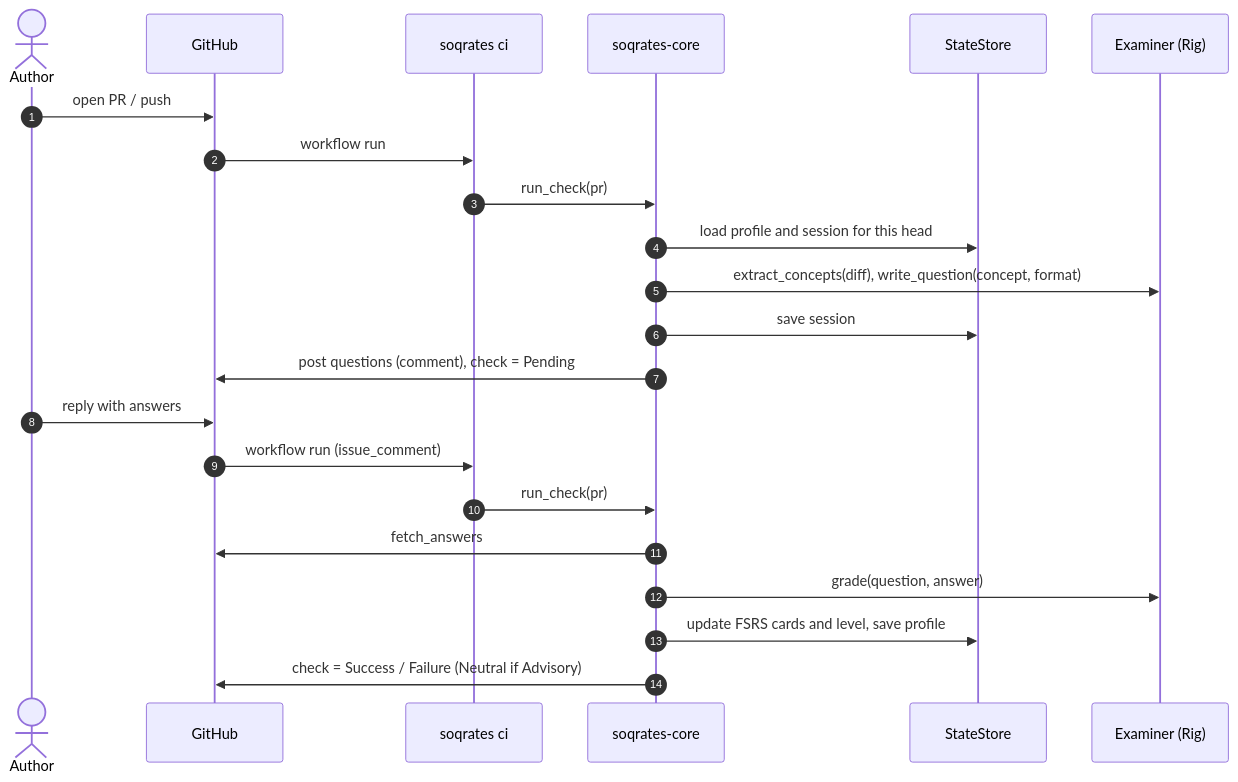
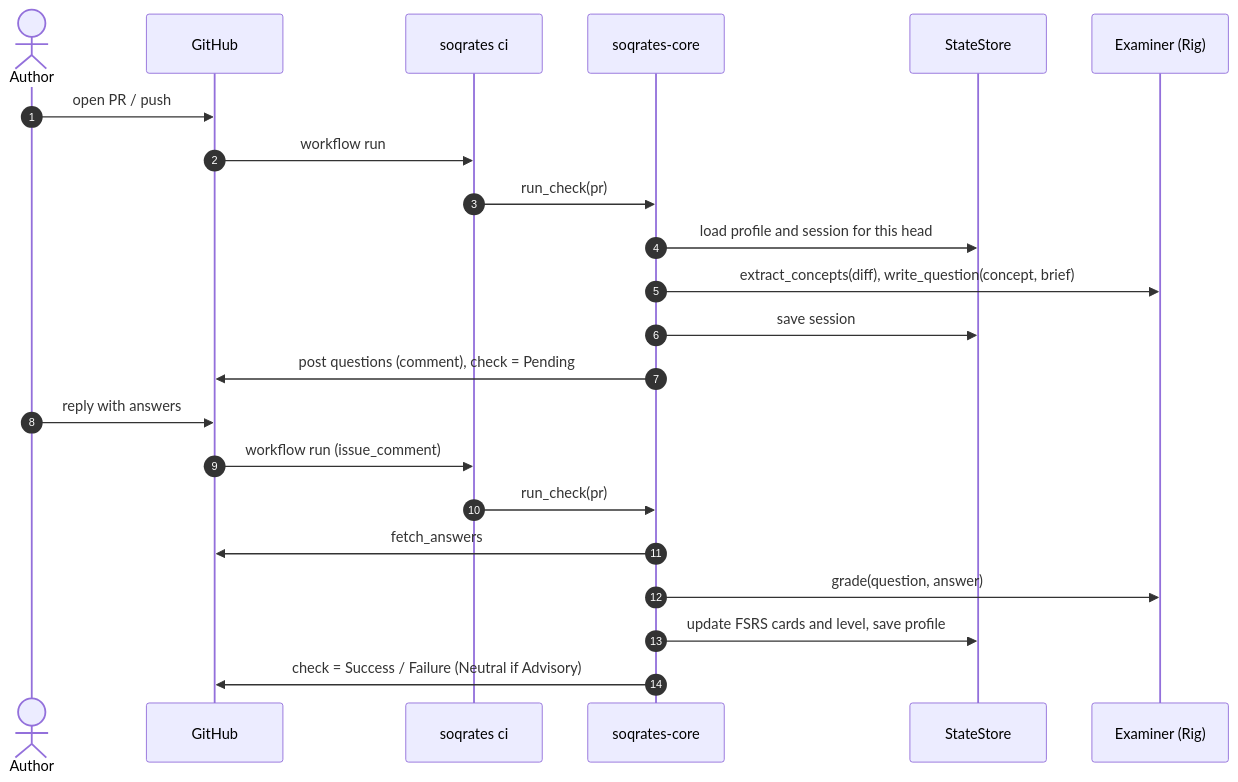
One commit to jvanbuel/soqrates changed the third of 3 diagrams in docs/adr/0001-agent-framework-and-architecture.md. Above: the diagram before and after it, drawn with Mermaid. The commit also changed 4 other files, not shown here.

````diff
--- a/docs/adr/0001-agent-framework-and-architecture.md
+++ b/docs/adr/0001-agent-framework-and-architecture.md
@@ -92,25 +92,25 @@
 ```mermaid
 sequenceDiagram
     autonumber
     actor Author
     participant GH as GitHub
     participant CI as soqrates ci
     participant Core as soqrates-core
     participant Store as StateStore
     participant LLM as Examiner (Rig)
 
     Author->>GH: open PR / push
     GH->>CI: workflow run
     CI->>Core: run_check(pr)
     Core->>Store: load profile and session for this head
-    Core->>LLM: extract_concepts(diff), write_question(concept, format)
+    Core->>LLM: extract_concepts(diff), write_question(concept, brief)
     Core->>Store: save session
     Core->>GH: post questions (comment), check = Pending
     Author->>GH: reply with answers
     GH->>CI: workflow run (issue_comment)
     CI->>Core: run_check(pr)
     Core->>GH: fetch_answers
     Core->>LLM: grade(question, answer)
     Core->>Store: update FSRS cards and level, save profile
     Core->>GH: check = Success / Failure (Neutral if Advisory)
 ```
````
